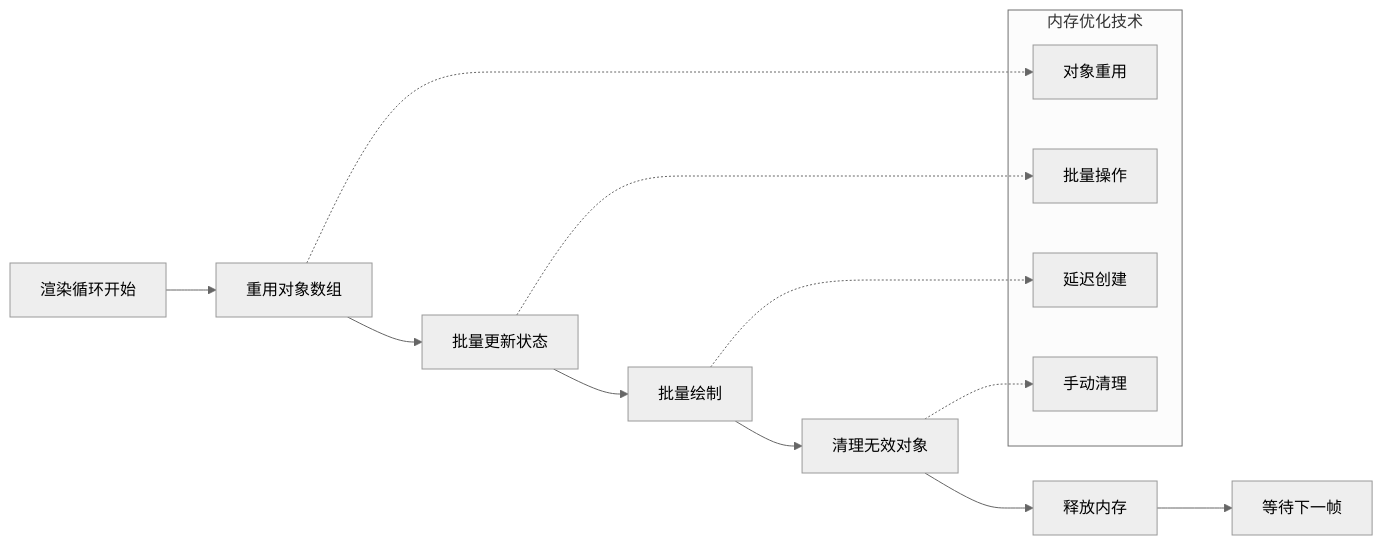
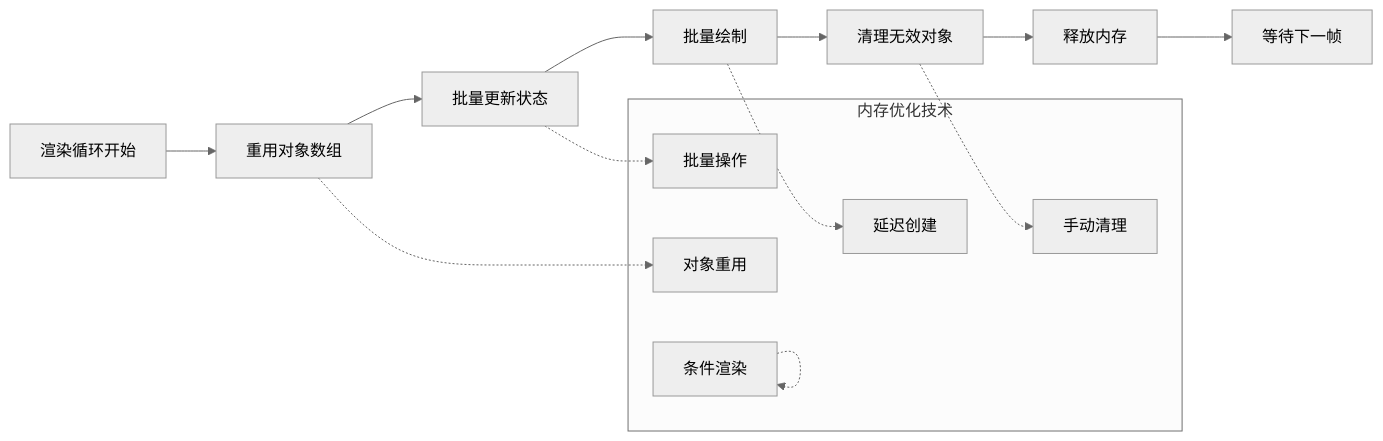
Before and after one commit to mrancc/reimagined-journey: diagram 12 of 12 in .qoder/repowiki/zh/content/核心架构/Canvas 渲染系统.md, drawn with Mermaid (neutral theme). The commit also changed other lines of this file and 11 other files, not shown here.

````diff
--- a/.qoder/repowiki/zh/content/核心架构/Canvas 渲染系统.md
+++ b/.qoder/repowiki/zh/content/核心架构/Canvas 渲染系统.md
@@ -315,19 +426,21 @@
 ```mermaid
 flowchart LR
 A[渲染循环开始] --> B[重用对象数组]
 B --> C[批量更新状态]
 C --> D[批量绘制]
 D --> E[清理无效对象]
 E --> F[释放内存]
 F --> G[等待下一帧]
 subgraph "内存优化技术"
 H[对象重用]
 I[批量操作]
 J[延迟创建]
 K[手动清理]
+L[条件渲染]
 end
 B -.-> H
 C -.-> I
 D -.-> J
 E -.-> K
+L -.-> L
 ```
````
